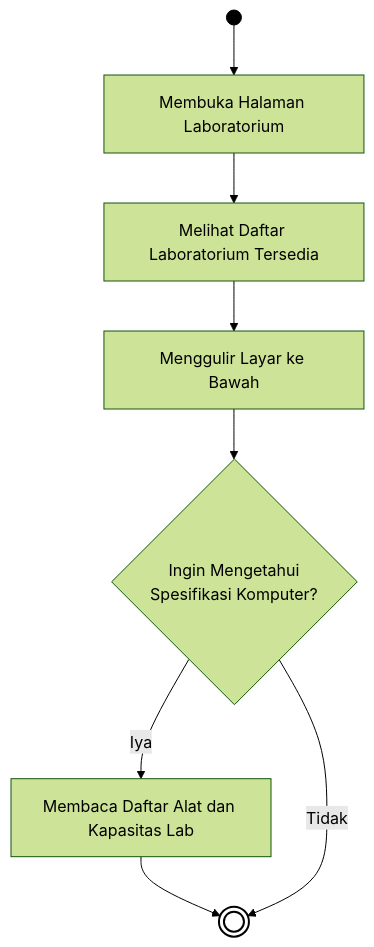
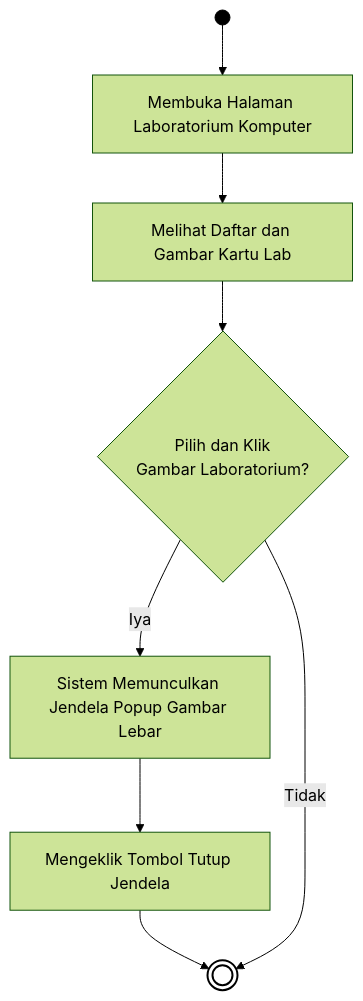
Before and after one commit to arbain-dev/Web_fikom: the tenth of 12 diagrams in docs/01B_DIAGRAM_AKTIVITAS_PUBLIK.md, drawn with Mermaid (forest theme). The commit also changed other lines of this file, not shown here.

Commit message:
docs: menyelaraskan diagram aktivitas publik ke 7-12 secara ekstrem dengan logika codingan realtime

````diff
--- a/docs/01B_DIAGRAM_AKTIVITAS_PUBLIK.md
+++ b/docs/01B_DIAGRAM_AKTIVITAS_PUBLIK.md
@@ -285,17 +307,16 @@
 ```mermaid
 flowchart TD
-    Start(( )) --> A[Membuka Halaman Laboratorium]
+    Start(( )) --> A[Membuka Halaman Laboratorium Komputer]
     
-    A --> B[Melihat Daftar Laboratorium Tersedia]
-    B --> C[Menggulir Layar ke Bawah]
+    A --> B[Melihat Daftar dan Gambar Kartu Lab]
+    B --> C{Pilih dan Klik\nGambar Laboratorium?}
     
-    C --> D{Ingin Mengetahui\nSpesifikasi Komputer?}
-    
-    D -- Iya --> E[Membaca Daftar Alat dan Kapasitas Lab]
+    C -- Iya --> D[Sistem Memunculkan Jendela Popup Gambar Lebar]
+    D --> E[Mengeklik Tombol Tutup Jendela]
     E --> End((( )))
     
-    D -- Tidak --> End
+    C -- Tidak --> End
     
     style Start fill:#000,stroke:#000,color:#000
     style End fill:#fff,stroke:#000,stroke-width:2px
 ```
````
